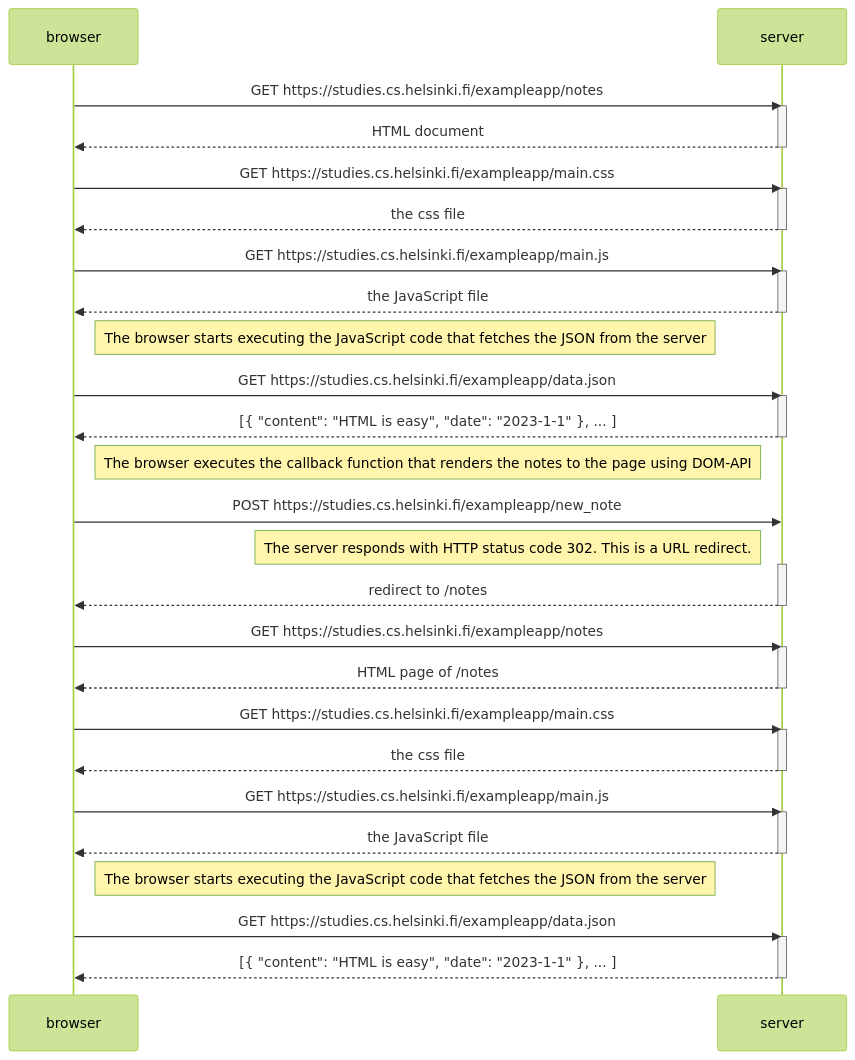
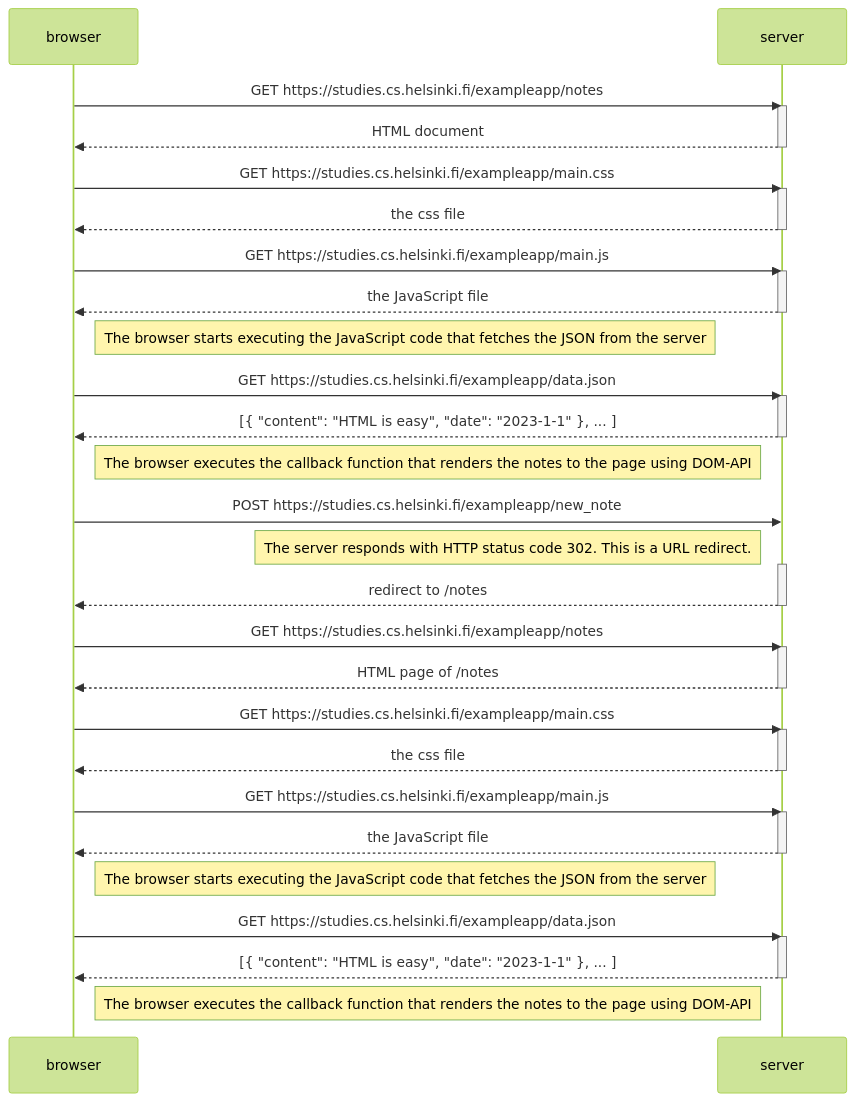
The first of 3 diagrams in part0/README.md (Lucaas27/fullstackopen), drawn with Mermaid (forest theme) before and after one commit. The commit also changed other lines of this file, not shown here.

Commit message:
Create third diagram 0.6

````diff
--- a/part0/README.md
+++ b/part0/README.md
@@ -11,57 +9,59 @@
 ```mermaid
 sequenceDiagram
     participant browser
     participant server
 
     browser->>server: GET https://studies.cs.helsinki.fi/exampleapp/notes
     activate server
     server-->>browser: HTML document
     deactivate server
 
     browser->>server: GET https://studies.cs.helsinki.fi/exampleapp/main.css
     activate server
     server-->>browser: the css file
     deactivate server
 
     browser->>server: GET https://studies.cs.helsinki.fi/exampleapp/main.js
     activate server
     server-->>browser: the JavaScript file
     deactivate server
 
     Note right of browser: The browser starts executing the JavaScript code that fetches the JSON from the server
 
     browser->>server: GET https://studies.cs.helsinki.fi/exampleapp/data.json
     activate server
     server-->>browser: [{ "content": "HTML is easy", "date": "2023-1-1" }, ... ]
     deactivate server
 
     Note right of browser: The browser executes the callback function that renders the notes to the page using DOM-API
 
     browser->>server: POST https://studies.cs.helsinki.fi/exampleapp/new_note
     Note left of server: The server responds with HTTP status code 302. This is a URL redirect.
     activate server
     server-->>browser: redirect to /notes
     deactivate server
 
     browser->>server: GET https://studies.cs.helsinki.fi/exampleapp/notes
     activate server
     server-->>browser: HTML page of /notes
     deactivate server
 
     browser->>server: GET https://studies.cs.helsinki.fi/exampleapp/main.css
     activate server
     server-->>browser: the css file
     deactivate server
 
     browser->>server: GET https://studies.cs.helsinki.fi/exampleapp/main.js
     activate server
     server-->>browser: the JavaScript file
     deactivate server
 
     Note right of browser: The browser starts executing the JavaScript code that fetches the JSON from the server
 
     browser->>server: GET https://studies.cs.helsinki.fi/exampleapp/data.json
     activate server
     server-->>browser: [{ "content": "HTML is easy", "date": "2023-1-1" }, ... ]
     deactivate server
+
+    Note right of browser: The browser executes the callback function that renders the notes to the page using DOM-API
 ```
````
